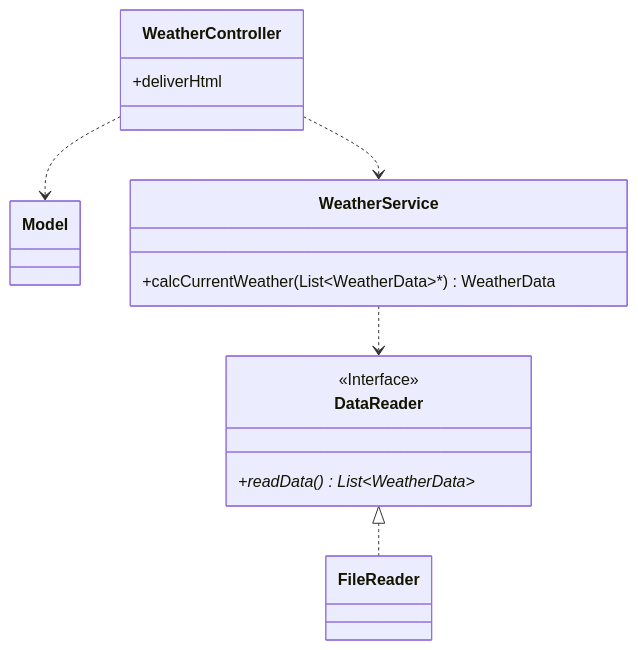
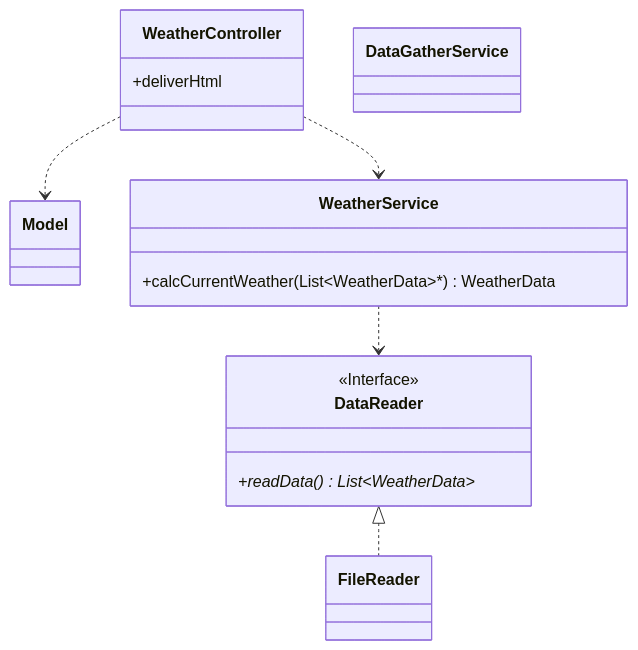
The first of 2 diagrams in README.md (weissale1/WeatherStation), drawn with Mermaid before and after one commit. The commit also changed other lines of this file, not shown here.

Commit message:
add sequence diagram

````diff
--- a/README.md
+++ b/README.md
@@ -10,23 +10,26 @@
 ```mermaid
 classDiagram
     WeatherController ..> Model
     WeatherController ..> WeatherService
     WeatherService ..> DataReader
     DataReader <|.. FileReader
 
     class WeatherController{
         +deliverHtml
+    }
+
+    class DataGatherService {
     }
 
     class WeatherService{
         +calcCurrentWeather(List~WeatherData~*) WeatherData
     }
 
     class DataReader{
         <<Interface>>
         +readData() List~WeatherData~*
     }
 
     class FileReader{
     }
 ```
````
